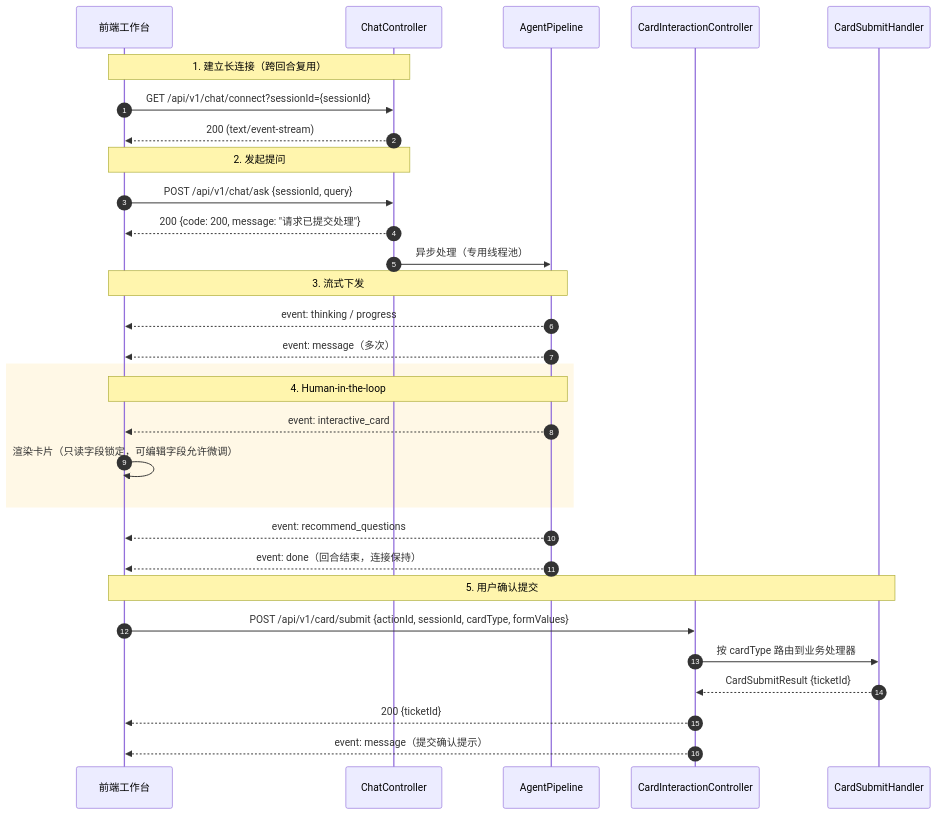
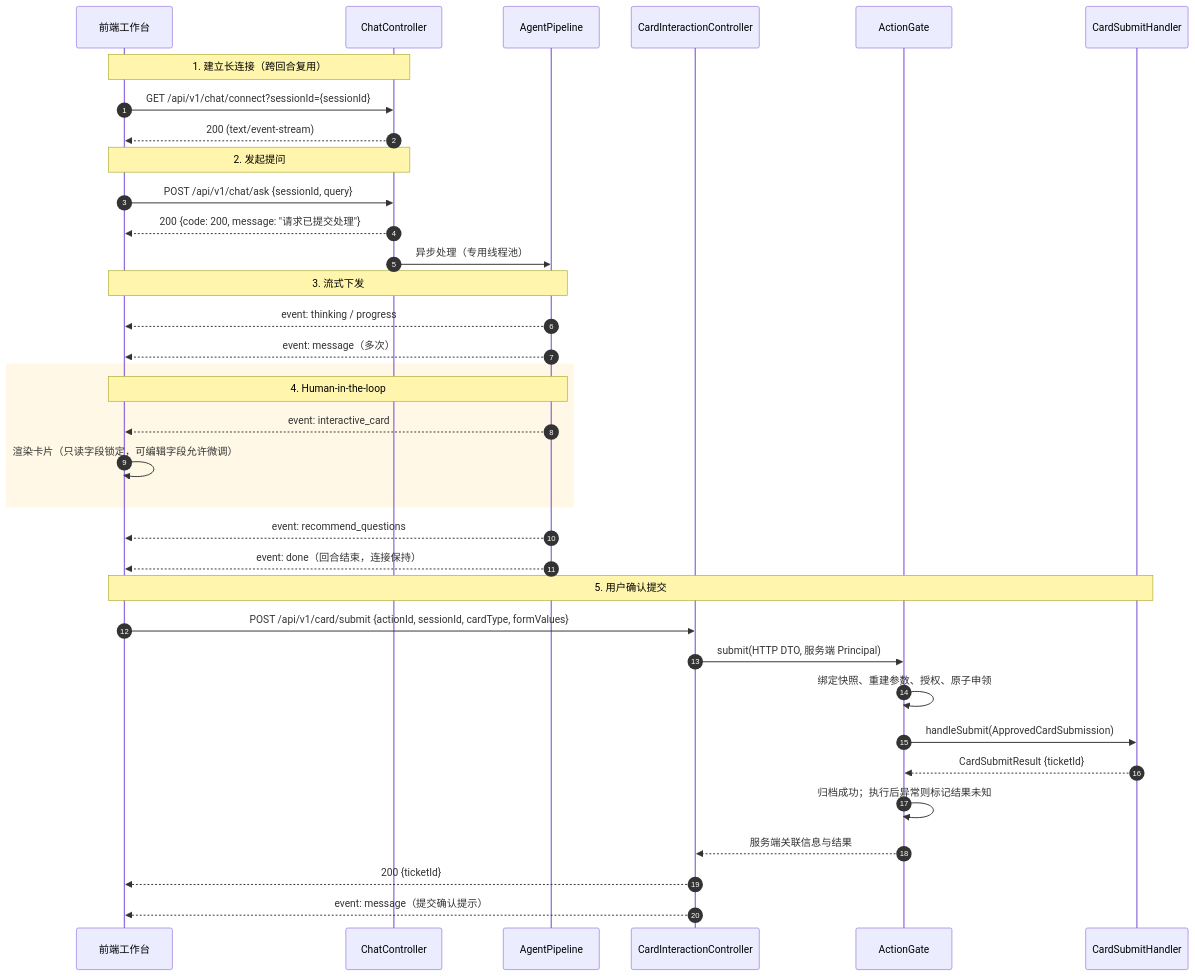
One commit to 1264585648/spring-ai-agentflow changed the diagram in docs/03-前后端接口与SSE协议契约.md. Above: the diagram before and after it, drawn with Mermaid. The commit also changed other lines of this file and 26 other files, not shown here.

First line of the commit message:
feat(security): centralize card submissions in minimal ActionGate

````diff
--- a/docs/03-前后端接口与SSE协议契约.md
+++ b/docs/03-前后端接口与SSE协议契约.md
@@ -19,38 +19,43 @@
 ```mermaid
 sequenceDiagram
     autonumber
     participant UI as 前端工作台
     participant Chat as ChatController
     participant Pipeline as AgentPipeline
     participant Card as CardInteractionController
+    participant Gate as ActionGate
     participant SPI as CardSubmitHandler
 
     Note over UI, Chat: 1. 建立长连接（跨回合复用）
     UI->>Chat: GET /api/v1/chat/connect?sessionId={sessionId}
     Chat-->>UI: 200 (text/event-stream)
 
     Note over UI, Chat: 2. 发起提问
     UI->>Chat: POST /api/v1/chat/ask {sessionId, query}
     Chat-->>UI: 200 {code: 200, message: "请求已提交处理"}
     Chat->>Pipeline: 异步处理（专用线程池）
 
     Note over Pipeline, UI: 3. 流式下发
     Pipeline-->>UI: event: thinking / progress
     Pipeline-->>UI: event: message（多次）
 
     rect rgb(255, 248, 230)
     Note over Pipeline, UI: 4. Human-in-the-loop
     Pipeline-->>UI: event: interactive_card
     UI->>UI: 渲染卡片（只读字段锁定，可编辑字段允许微调）
     end
 
     Pipeline-->>UI: event: recommend_questions
     Pipeline-->>UI: event: done（回合结束，连接保持）
 
     Note over UI, SPI: 5. 用户确认提交
     UI->>Card: POST /api/v1/card/submit {actionId, sessionId, cardType, formValues}
-    Card->>SPI: 按 cardType 路由到业务处理器
-    SPI-->>Card: CardSubmitResult {ticketId}
+    Card->>Gate: submit(HTTP DTO, 服务端 Principal)
+    Gate->>Gate: 绑定快照、重建参数、授权、原子申领
+    Gate->>SPI: handleSubmit(ApprovedCardSubmission)
+    SPI-->>Gate: CardSubmitResult {ticketId}
+    Gate->>Gate: 归档成功；执行后异常则标记结果未知
+    Gate-->>Card: 服务端关联信息与结果
     Card-->>UI: 200 {ticketId}
     Card-->>UI: event: message（提交确认提示）
 ```
````
